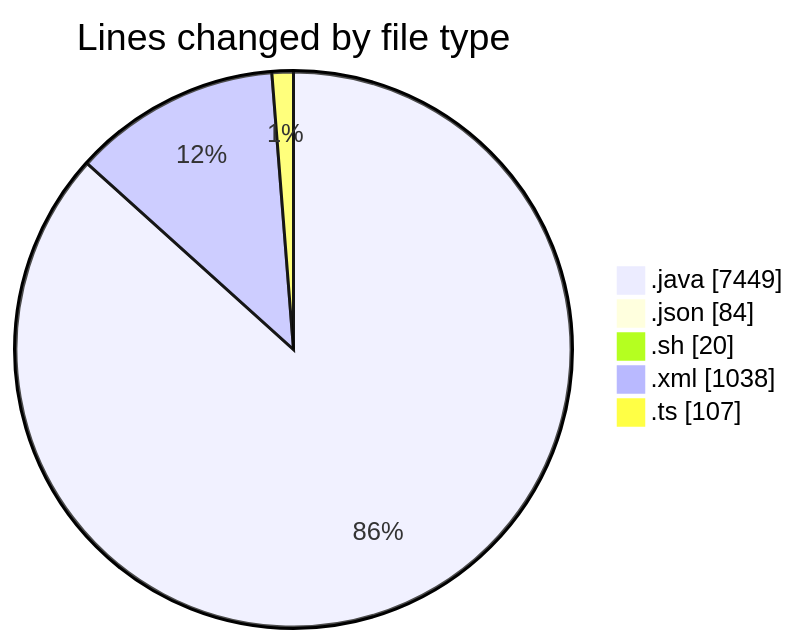
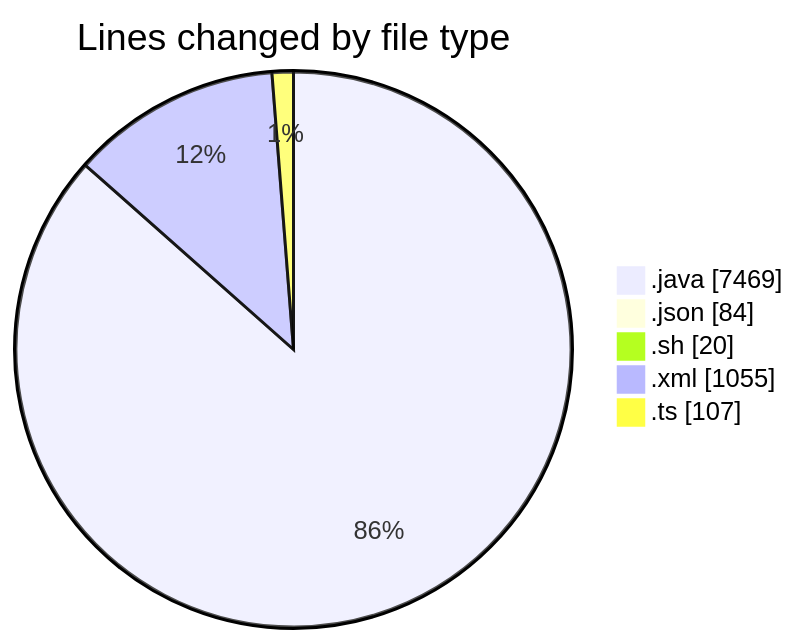
The first of 2 diagrams in 2025-02-23/micros/README.md (charlie-sans/code-tracking), drawn with Mermaid before and after one commit. The commit also changed other lines of this file and 1 other file, not shown here.

````diff
--- a/2025-02-23/micros/README.md
+++ b/2025-02-23/micros/README.md
@@ -53,9 +53,9 @@
 ```mermaid
 pie showData
 title Lines changed by file type
-".java" : 7449
+".java" : 7469
 ".json" : 84
 ".sh" : 20
-".xml" : 1038
+".xml" : 1055
 ".ts" : 107
 ```
````
